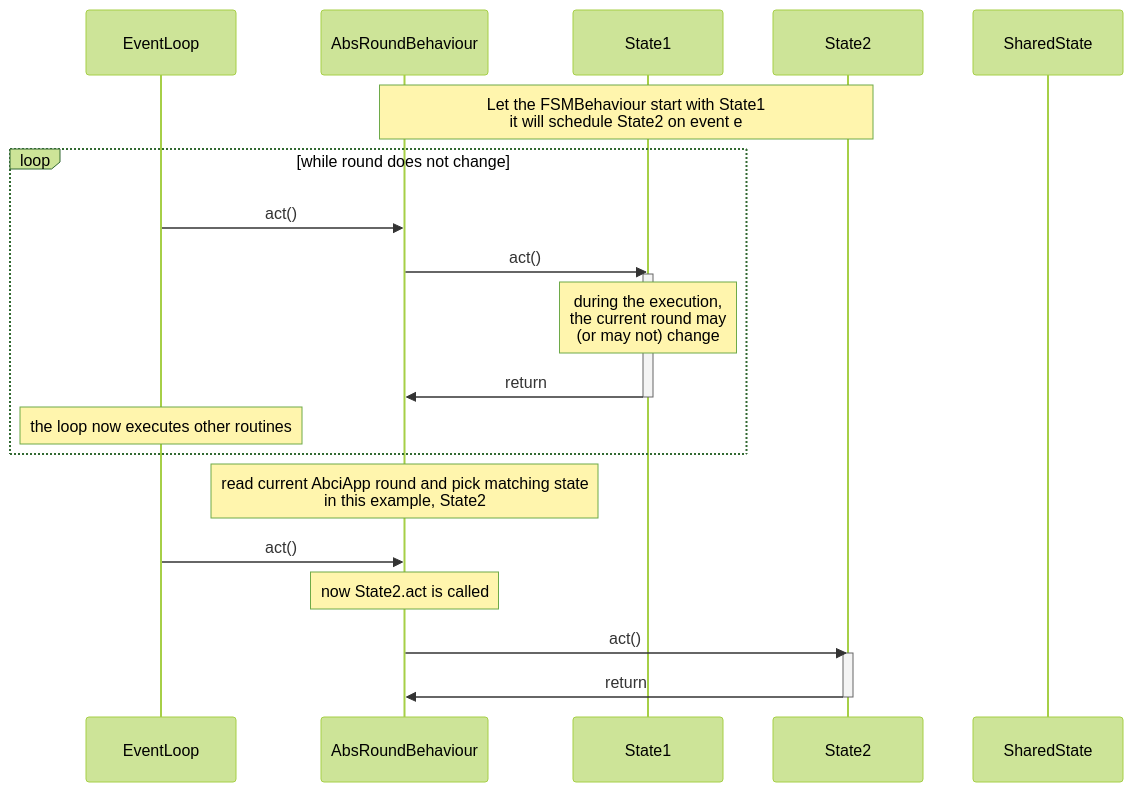
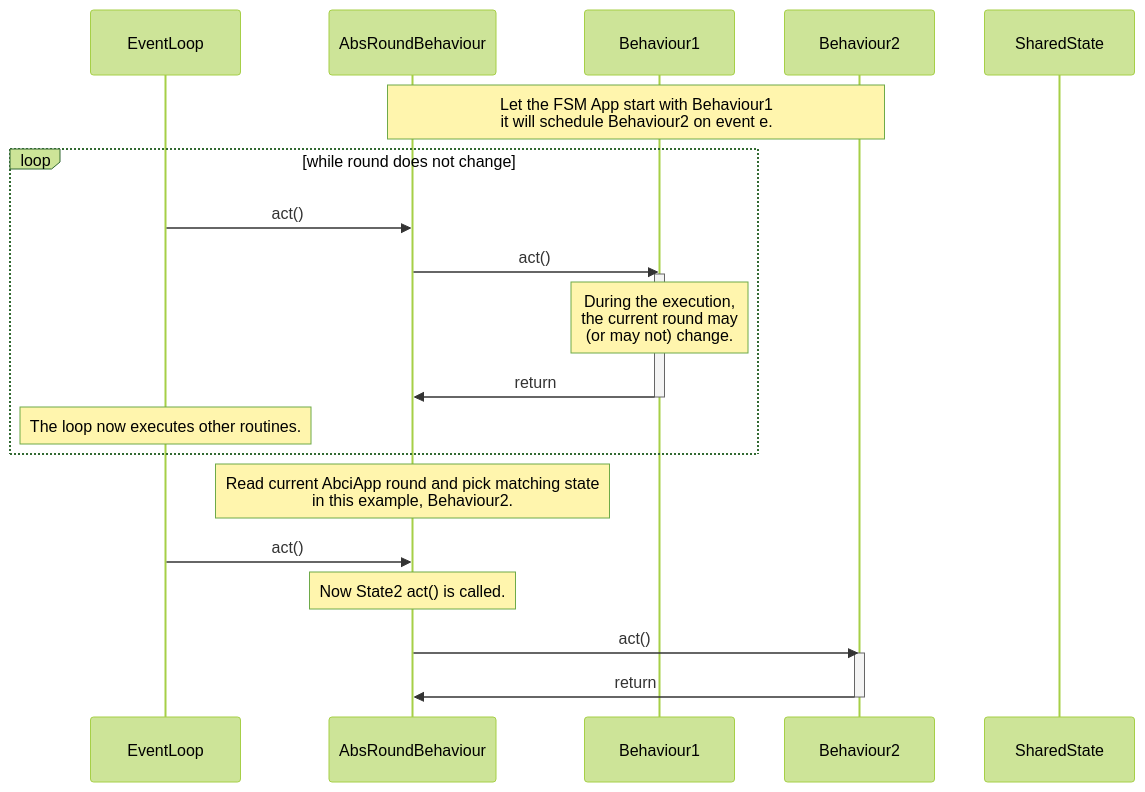
Before and after one commit to valory-xyz/open-autonomy: the first of 3 diagrams in docs/abci_app_interactions.md, drawn with Mermaid (forest theme). The commit also changed other lines of this file, not shown here.

```diff
--- a/docs/abci_app_interactions.md
+++ b/docs/abci_app_interactions.md
@@ -51,25 +51,25 @@
 <div class="mermaid">
     sequenceDiagram
         participant EventLoop
         participant AbsRoundBehaviour
-        participant State1
-        participant State2
+        participant Behaviour1
+        participant Behaviour2
         participant SharedState
-        note over AbsRoundBehaviour,State2: Let the FSMBehaviour start with State1<br/>it will schedule State2 on event e
+        note over AbsRoundBehaviour,Behaviour2: Let the FSM App start with Behaviour1<br/>it will schedule Behaviour2 on event e.
         loop while round does not change
           EventLoop->>AbsRoundBehaviour: act()
-          AbsRoundBehaviour->>State1: act()
-          activate State1
-          note over State1: during the execution, <br/> the current round may<br/>(or may not) change
-          State1->>AbsRoundBehaviour: return
-          deactivate State1
-          note over EventLoop: the loop now executes other routines
+          AbsRoundBehaviour->>Behaviour1: act()
+          activate Behaviour1
+          note over Behaviour1: During the execution, <br/> the current round may<br/>(or may not) change.
+          Behaviour1->>AbsRoundBehaviour: return
+          deactivate Behaviour1
+          note over EventLoop: The loop now executes other routines.
         end
-        note over AbsRoundBehaviour: read current AbciApp round and pick matching state<br/>in this example, State2
+        note over AbsRoundBehaviour: Read current AbciApp round and pick matching state<br/>in this example, Behaviour2.
         EventLoop->>AbsRoundBehaviour: act()
-        note over AbsRoundBehaviour: now State2.act is called
-        AbsRoundBehaviour->>State2: act()
-        activate State2
-        State2->>AbsRoundBehaviour: return
-        deactivate State2
+        note over AbsRoundBehaviour: Now State2 act() is called.
+        AbsRoundBehaviour->>Behaviour2: act()
+        activate Behaviour2
+        Behaviour2->>AbsRoundBehaviour: return
+        deactivate Behaviour2
 </div>
```
